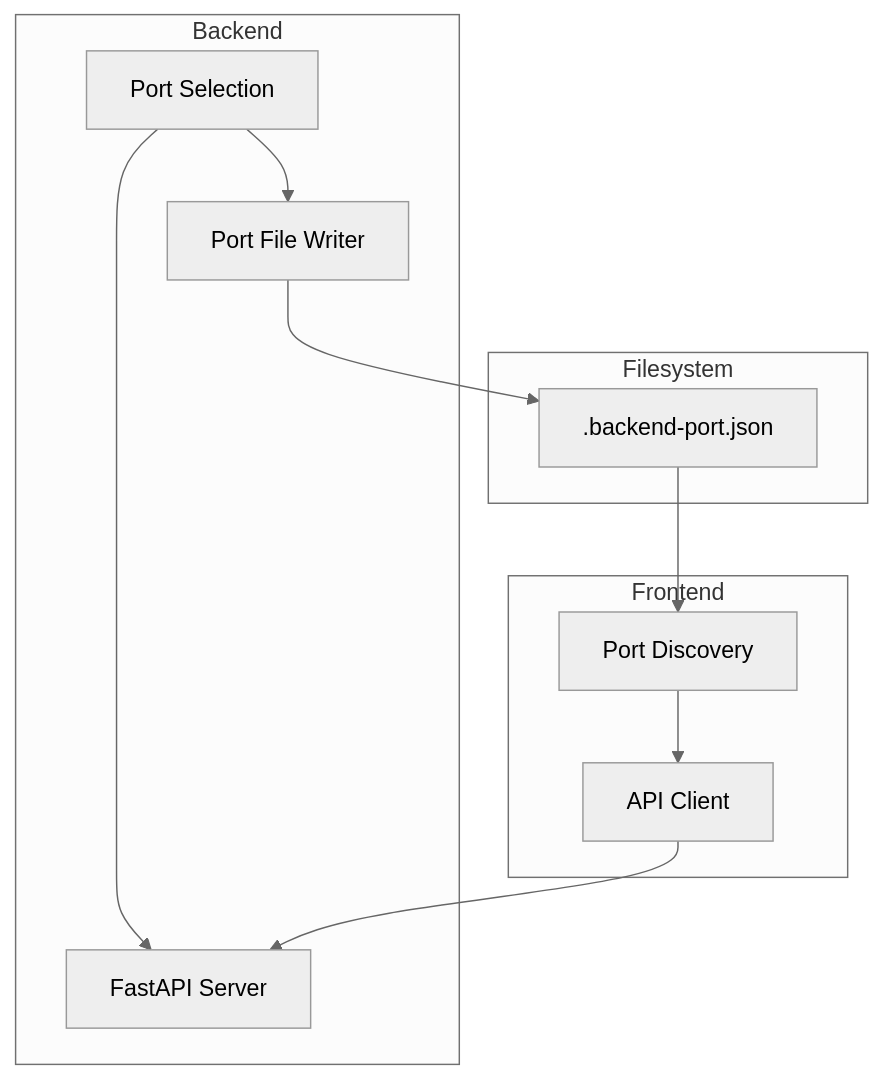
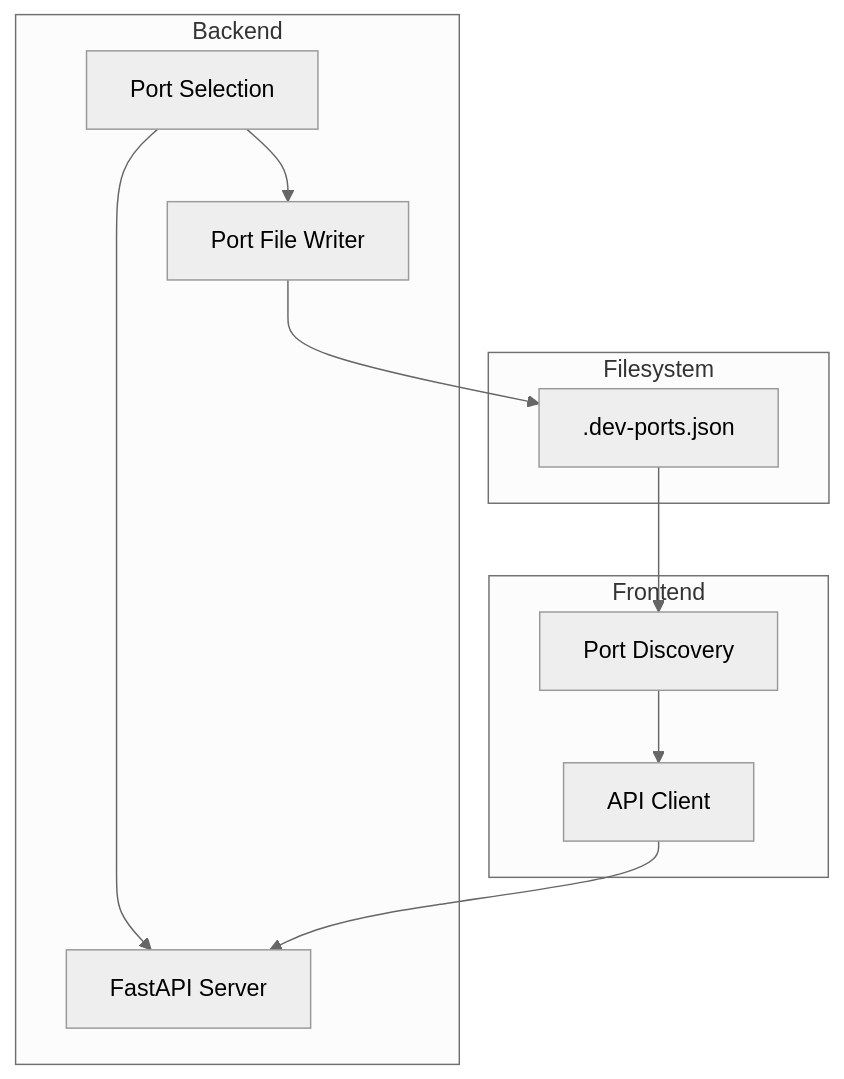
One commit to castorfou/back-office-lmelp changed the diagram in docs/dev/port-discovery.md. Above: the diagram before and after it, drawn with Mermaid (neutral theme). The commit also changed other lines of this file and 33 other files, not shown here.

First line of the commit message:
feat(port-discovery): unify to .dev-ports.json and remove legacy support (#61)

````diff
--- a/docs/dev/port-discovery.md
+++ b/docs/dev/port-discovery.md
@@ -11,24 +15,24 @@
 ```mermaid
 graph TB
     subgraph "Backend"
         PS[Port Selection]
         PF[Port File Writer]
         FS[FastAPI Server]
     end
 
     subgraph "Frontend"
         PD[Port Discovery]
         API[API Client]
     end
 
     subgraph "Filesystem"
-        FILE[.backend-port.json]
+    FILE[.dev-ports.json]
     end
 
     PS --> PF
     PF --> FILE
     FILE --> PD
     PD --> API
     PS --> FS
     API --> FS
 ```
````
